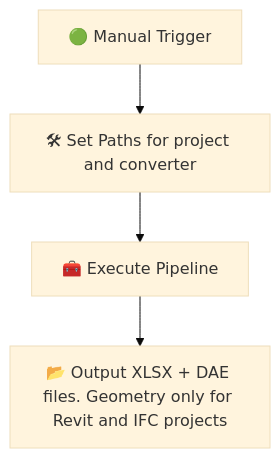
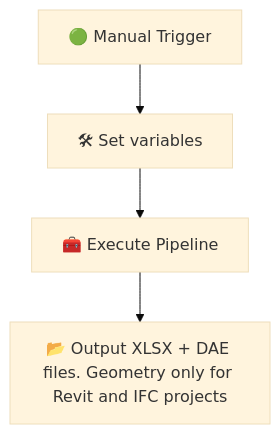
Before and after one commit to ehtick/cad2data-Revit-IFC-DWG-DGN-pipeline-with-conversion-validation-qto: the diagram in README.md, drawn with Mermaid (base theme).

````diff
--- a/README.md
+++ b/README.md
@@ -79,6 +79,6 @@
 ```mermaid
 graph TD;
-    A[🟢 Manual Trigger] --> B[🛠 Set Paths for project and converter]
+    A[🟢 Manual Trigger] --> B[🛠 Set variables]
     B --> C[🧰 Execute Pipeline]
     C --> D[📂 Output XLSX + DAE files. Geometry only for Revit and IFC projects]
 ```
````
